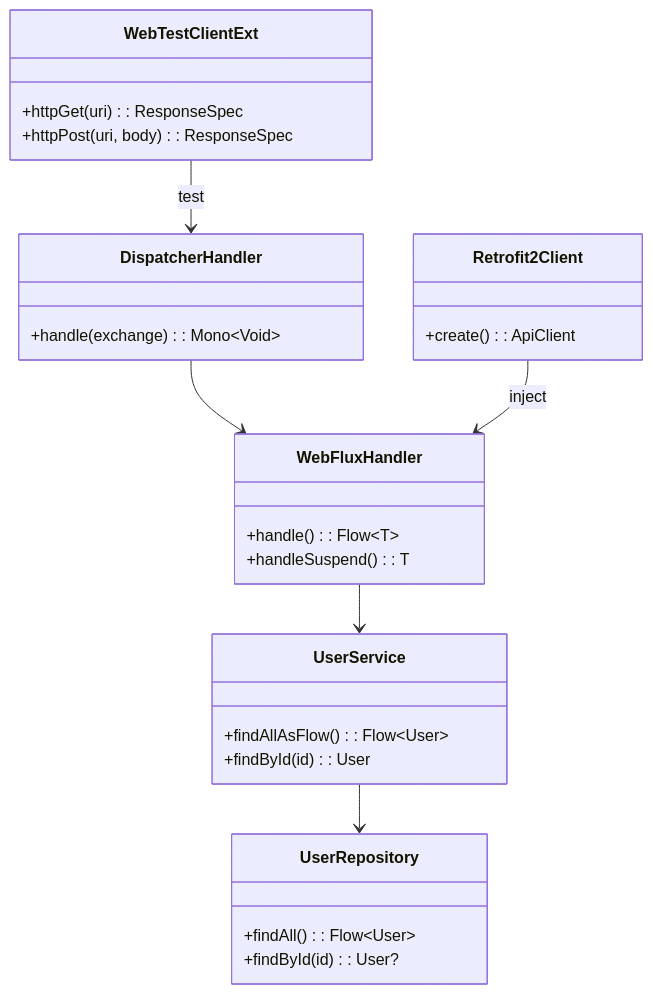
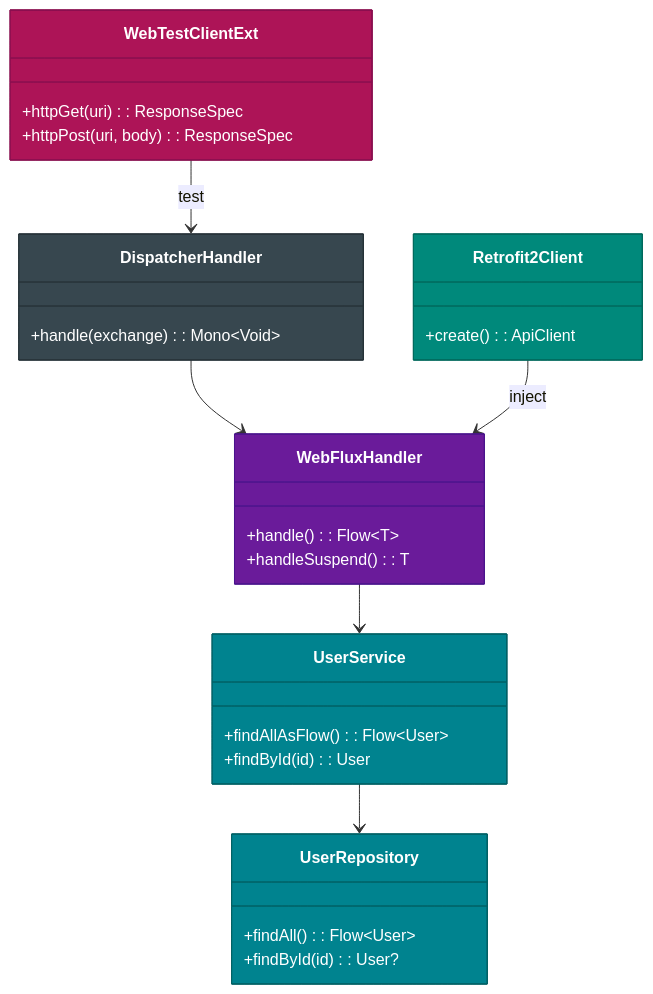
One commit to bluetape4k/bluetape4k-projects changed the first of 4 diagrams in spring-boot3/core/README.md. Above: the diagram before and after it, drawn with Mermaid. The commit also changed other lines of this file and 221 other files, not shown here.

First line of the commit message:
docs: 전체 모듈 README UML 다이어그램 보강 및 색상 업그레이드

````diff
--- a/spring-boot3/core/README.md
+++ b/spring-boot3/core/README.md
@@ -79,31 +79,38 @@
 ```mermaid
 classDiagram
     class DispatcherHandler {
         +handle(exchange): Mono~Void~
     }
     class WebFluxHandler {
         +handle(): Flow~T~
         +handleSuspend(): T
     }
     class UserService {
         +findAllAsFlow(): Flow~User~
         +findById(id): User
     }
     class UserRepository {
         +findAll(): Flow~User~
         +findById(id): User?
     }
     class Retrofit2Client {
         +create(): ApiClient
     }
     class WebTestClientExt {
         +httpGet(uri): ResponseSpec
         +httpPost(uri, body): ResponseSpec
     }
 
     DispatcherHandler --> WebFluxHandler
     WebFluxHandler --> UserService
     UserService --> UserRepository
     Retrofit2Client --> WebFluxHandler : inject
     WebTestClientExt --> DispatcherHandler : test
+
+    style DispatcherHandler fill:#37474F,stroke:#263238,color:#FFFFFF
+    style WebFluxHandler fill:#6A1B9A,stroke:#4A148C,color:#FFFFFF
+    style UserService fill:#00838F,stroke:#006064,color:#FFFFFF
+    style UserRepository fill:#00838F,stroke:#006064,color:#FFFFFF
+    style Retrofit2Client fill:#00897B,stroke:#00695C,color:#FFFFFF
+    style WebTestClientExt fill:#AD1457,stroke:#880E4F,color:#FFFFFF
 ```
````
